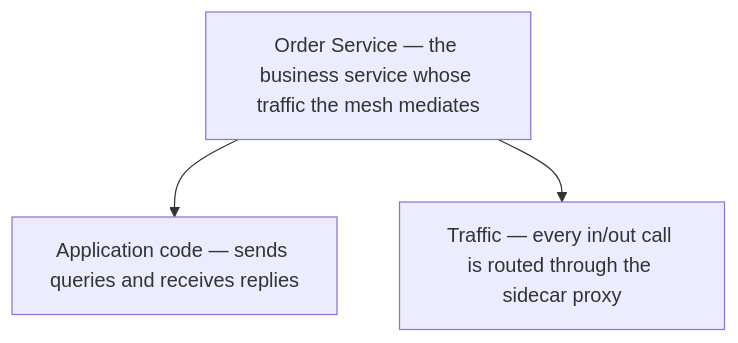
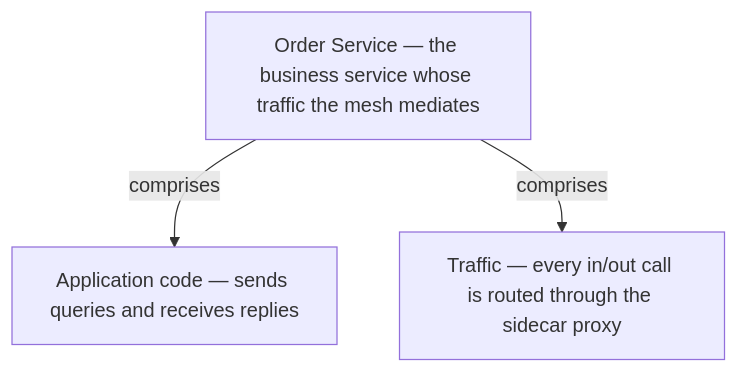
One commit to vinayakuber/microservices-io-study-guide changed the fifth of 13 diagrams in docs/ch40-service-mesh.md. Above: the diagram before and after it, drawn with Mermaid. The commit also changed other lines of this file and 71 other files, not shown here.

First line of the commit message:
R18: label every diagram arrow with its meaning

````diff
--- a/docs/ch40-service-mesh.md
+++ b/docs/ch40-service-mesh.md
@@ -193,6 +193,6 @@
 ```mermaid
 flowchart TD
   R["Order Service — the business service whose traffic the mesh mediates"]
-  R --> P0["Application code — sends queries and receives replies"]
-  R --> P1["Traffic — every in/out call is routed through the sidecar proxy"]
+  R -->|"comprises"| P0["Application code — sends queries and receives replies"]
+  R -->|"comprises"| P1["Traffic — every in/out call is routed through the sidecar proxy"]
 ```
````
